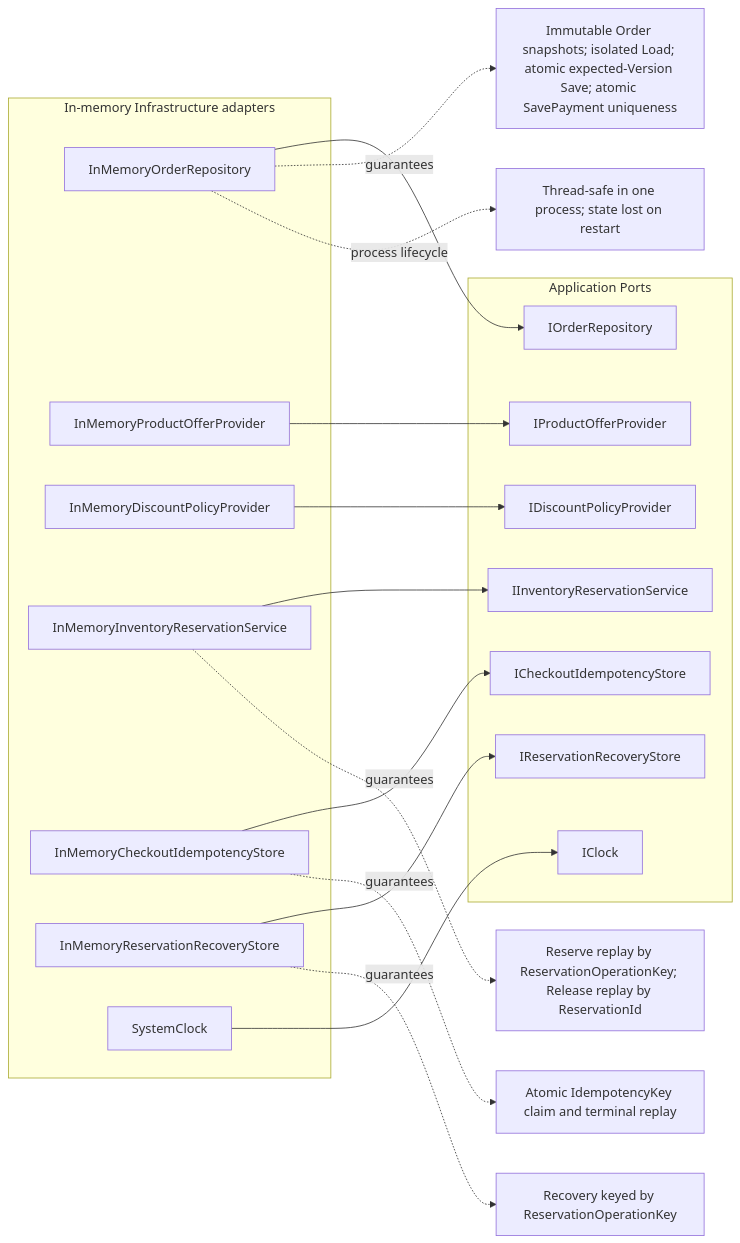
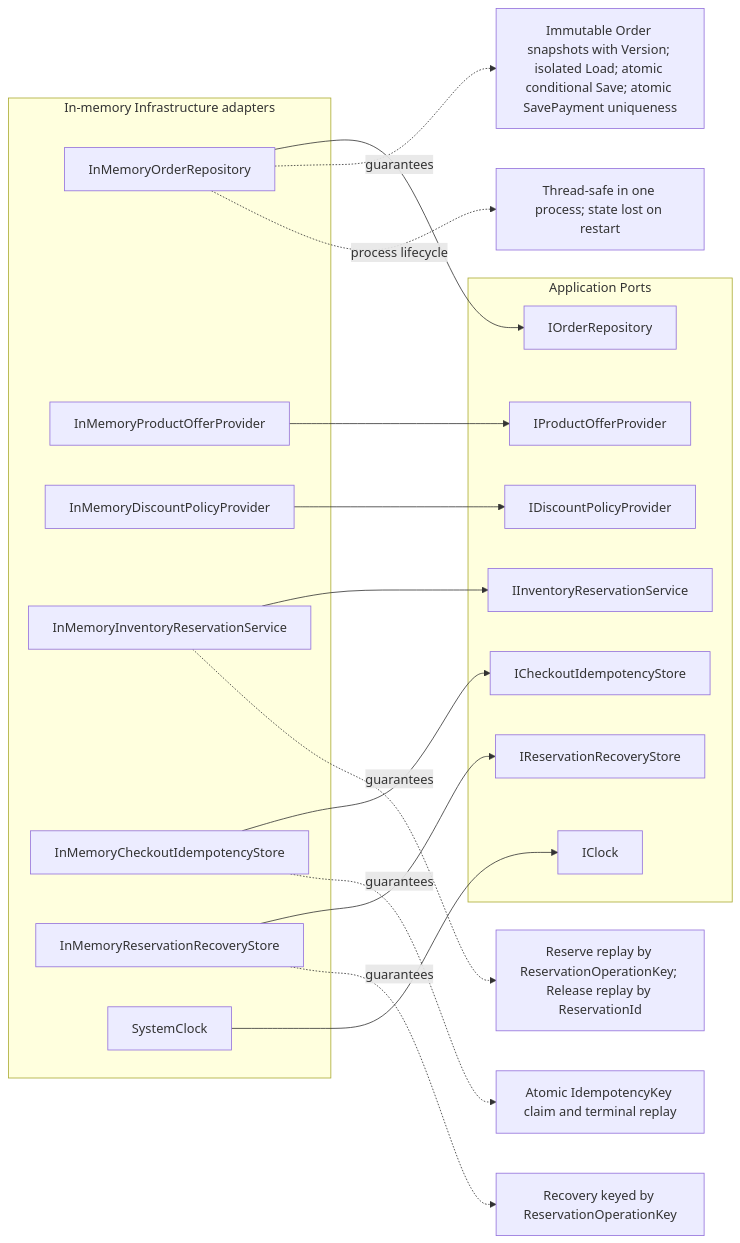
One commit to erfanehsrchl/MarketplaceOrdering changed the ninth of 10 diagrams in README.md. Above: the diagram before and after it, drawn with Mermaid. The commit also changed other lines of this file and 39 other files, not shown here.

First line of the commit message:
Refactor InMemoryOrderRepository to use OrderPersistenceSnapshot and remove StoredOrder

````diff
--- a/README.md
+++ b/README.md
@@ -375,42 +375,42 @@
 ```mermaid
 flowchart LR
     subgraph PORTS["Application Ports"]
         ORDERPORT["IOrderRepository"]
         OFFERPORT["IProductOfferProvider"]
         DISCOUNTPORT["IDiscountPolicyProvider"]
         INVENTORYPORT["IInventoryReservationService"]
         IDEMPORT["ICheckoutIdempotencyStore"]
         RECOVERYPORT["IReservationRecoveryStore"]
         CLOCKPORT["IClock"]
     end
 
     subgraph ADAPTERS["In-memory Infrastructure adapters"]
         ORDERREPO["InMemoryOrderRepository"]
         OFFERPROVIDER["InMemoryProductOfferProvider"]
         DISCOUNTPROVIDER["InMemoryDiscountPolicyProvider"]
         INVENTORY["InMemoryInventoryReservationService"]
         IDEMPOTENCY["InMemoryCheckoutIdempotencyStore"]
         RECOVERY["InMemoryReservationRecoveryStore"]
         CLOCK["SystemClock"]
     end
 
     ORDERREPO --> ORDERPORT
     OFFERPROVIDER --> OFFERPORT
     DISCOUNTPROVIDER --> DISCOUNTPORT
     INVENTORY --> INVENTORYPORT
     IDEMPOTENCY --> IDEMPORT
     RECOVERY --> RECOVERYPORT
     CLOCK --> CLOCKPORT
 
-    SNAPSHOT["Immutable Order snapshots; isolated Load; atomic expected-Version Save; atomic SavePayment uniqueness"]
+    SNAPSHOT["Immutable Order snapshots with Version; isolated Load; atomic conditional Save; atomic SavePayment uniqueness"]
     INVENTORYRULES["Reserve replay by ReservationOperationKey; Release replay by ReservationId"]
     IDEMRULES["Atomic IdempotencyKey claim and terminal replay"]
     RECOVERYRULES["Recovery keyed by ReservationOperationKey"]
     PROCESS["Thread-safe in one process; state lost on restart"]
 
     ORDERREPO -. guarantees .-> SNAPSHOT
     INVENTORY -. guarantees .-> INVENTORYRULES
     IDEMPOTENCY -. guarantees .-> IDEMRULES
     RECOVERY -. guarantees .-> RECOVERYRULES
     ORDERREPO -. process lifecycle .-> PROCESS
 ```
````
